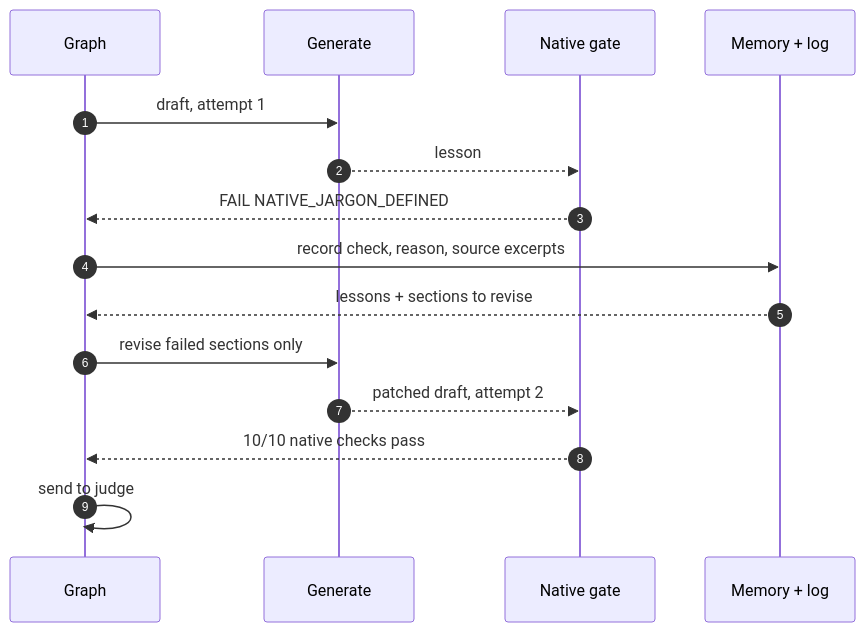
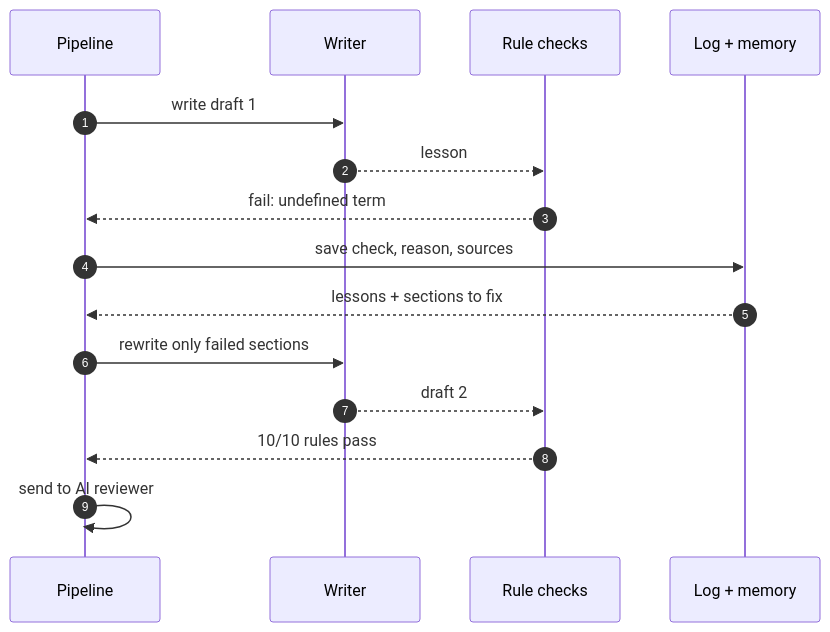
Before and after one commit to okyashgajjar/vidya-loop: the second of 3 diagrams in README.md, drawn with Mermaid. The commit also changed other lines of this file, not shown here.

````diff
--- a/README.md
+++ b/README.md
@@ -130,17 +124,17 @@
 ```mermaid
 sequenceDiagram
     autonumber
-    participant G as Graph
-    participant D as Generate
-    participant N as Native gate
-    participant M as Memory + log
-    G->>D: draft, attempt 1
-    D-->>N: lesson
-    N-->>G: FAIL NATIVE_JARGON_DEFINED
-    G->>M: record check, reason, source excerpts
-    M-->>G: lessons + sections to revise
-    G->>D: revise failed sections only
-    D-->>N: patched draft, attempt 2
-    N-->>G: 10/10 native checks pass
-    G->>G: send to judge
+    participant P as Pipeline
+    participant W as Writer
+    participant R as Rule checks
+    participant L as Log + memory
+    P->>W: write draft 1
+    W-->>R: lesson
+    R-->>P: fail: undefined term
+    P->>L: save check, reason, sources
+    L-->>P: lessons + sections to fix
+    P->>W: rewrite only failed sections
+    W-->>R: draft 2
+    R-->>P: 10/10 rules pass
+    P->>P: send to AI reviewer
 ```
````
